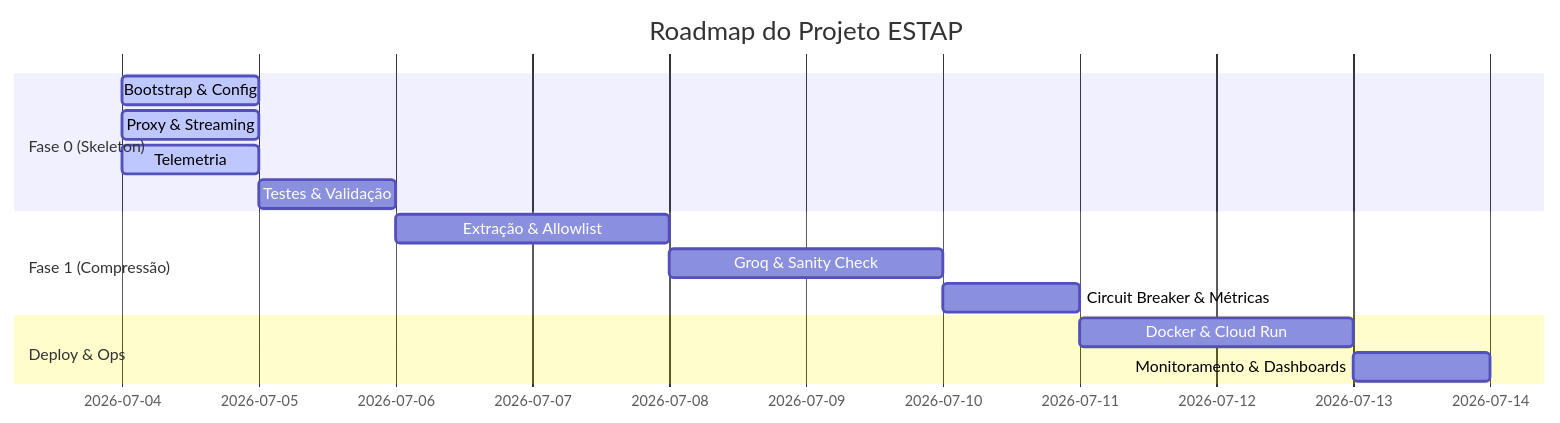
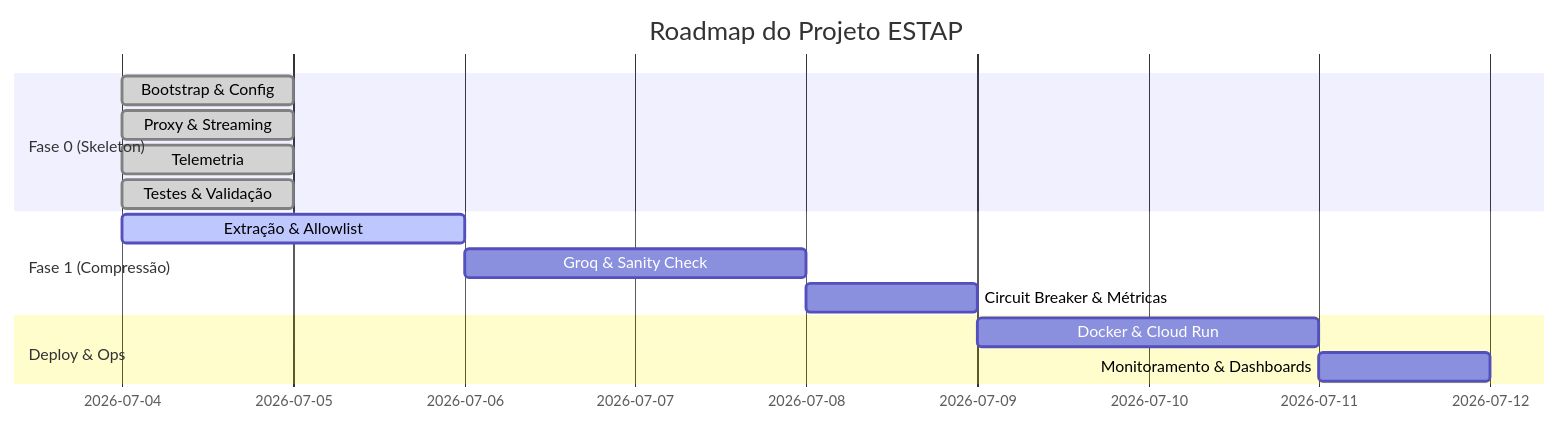
The diagram in PROGRESS.md (opropriobertoni/llm-cost-optimizer-proxy), drawn with Mermaid before and after one commit. The commit also changed other lines of this file and 24 other files, not shown here.

````diff
--- a/PROGRESS.md
+++ b/PROGRESS.md
@@ -12,17 +12,17 @@
 ```mermaid
 gantt
     title Roadmap do Projeto ESTAP
     dateFormat  YYYY-MM-DD
     section Fase 0 (Skeleton)
-    Bootstrap & Config       :active, f0_boot, 2026-07-04, 1d
-    Proxy & Streaming        :active, f0_proxy, 2026-07-04, 1d
-    Telemetria               :active, f0_tel, 2026-07-04, 1d
-    Testes & Validação       :f0_test, after f0_tel, 1d
+    Bootstrap & Config       :done, f0_boot, 2026-07-04, 1d
+    Proxy & Streaming        :done, f0_proxy, 2026-07-04, 1d
+    Telemetria               :done, f0_tel, 2026-07-04, 1d
+    Testes & Validação       :done, f0_test, 2026-07-04, 1d
     section Fase 1 (Compressão)
-    Extração & Allowlist     :f1_ext, after f0_test, 2d
+    Extração & Allowlist     :active, f1_ext, 2026-07-04, 2d
     Groq & Sanity Check      :f1_groq, after f1_ext, 2d
     Circuit Breaker & Métricas:f1_cb, after f1_groq, 1d
     section Deploy & Ops
     Docker & Cloud Run       :dep_run, after f1_cb, 2d
     Monitoramento & Dashboards:dep_mon, after dep_run, 1d
 ```
````
